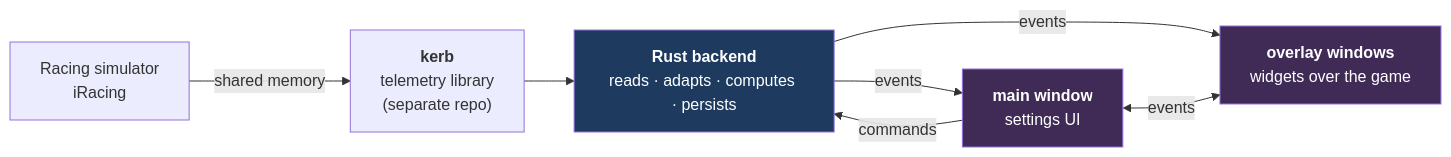
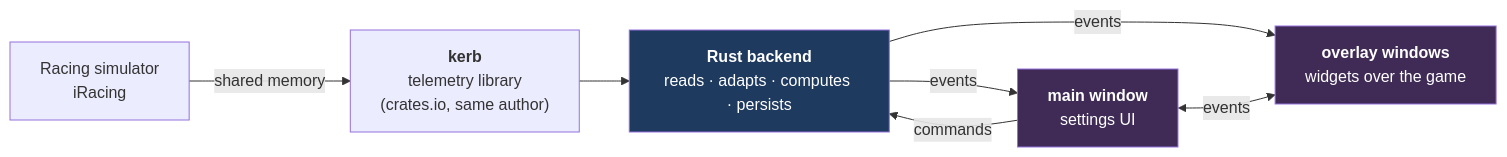
Before and after one commit to mvoof/Marble-Trace: the first of 22 diagrams in docs/architecture.md, drawn with Mermaid. The commit also changed other lines of this file and 16 other files, not shown here.

````diff
--- a/docs/architecture.md
+++ b/docs/architecture.md
@@ -76,19 +76,19 @@
 ```mermaid
 flowchart LR
     SIM["Racing simulator<br/>iRacing"]
-    KERB["<b>kerb</b><br/>telemetry library<br/>(separate repo)"]
+    KERB["<b>kerb</b><br/>telemetry library<br/>(crates.io, same author)"]
     RUST["<b>Rust backend</b><br/>reads · adapts · computes · persists"]
     MAIN["<b>main window</b><br/>settings UI"]
     OVL["<b>overlay windows</b><br/>widgets over the game"]
 
     SIM -->|shared memory| KERB
     KERB --> RUST
     RUST -->|events| OVL
     RUST -->|events| MAIN
     MAIN -->|commands| RUST
     MAIN <-->|events| OVL
 
     style RUST fill:#1e3a5f,color:#fff
     style OVL fill:#3f2b56,color:#fff
     style MAIN fill:#3f2b56,color:#fff
 ```
````
